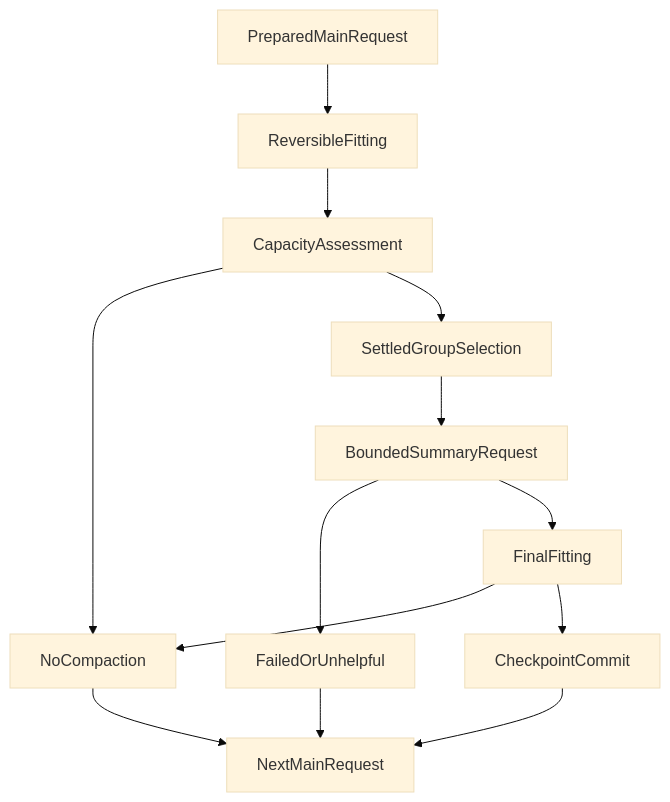
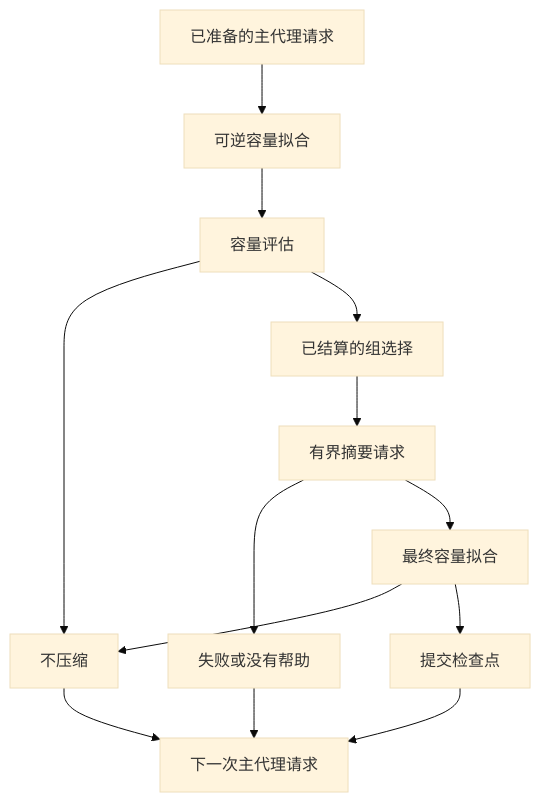
One commit to hpoenixf/eff-agent-article changed the diagram in articles/agent-main-run-context-compaction.md. Above: the diagram before and after it, drawn with Mermaid (base theme). The commit also changed 52 other files, not shown here.

Commit message:
docs: localize diagrams and clarify flagship guides

````diff
--- a/articles/agent-main-run-context-compaction.md
+++ b/articles/agent-main-run-context-compaction.md
@@ -81,15 +81,15 @@
 ```mermaid
 graph TD
-PreparedMainRequest --> ReversibleFitting
-ReversibleFitting --> CapacityAssessment
-CapacityAssessment --> NoCompaction
-CapacityAssessment --> SettledGroupSelection
-SettledGroupSelection --> BoundedSummaryRequest
-BoundedSummaryRequest --> FailedOrUnhelpful
-BoundedSummaryRequest --> FinalFitting
+PreparedMainRequest["已准备的主代理请求"] --> ReversibleFitting["可逆容量拟合"]
+ReversibleFitting --> CapacityAssessment["容量评估"]
+CapacityAssessment --> NoCompaction["不压缩"]
+CapacityAssessment --> SettledGroupSelection["已结算的组选择"]
+SettledGroupSelection --> BoundedSummaryRequest["有界摘要请求"]
+BoundedSummaryRequest --> FailedOrUnhelpful["失败或没有帮助"]
+BoundedSummaryRequest --> FinalFitting["最终容量拟合"]
 FinalFitting --> NoCompaction
-FinalFitting --> CheckpointCommit
-CheckpointCommit --> NextMainRequest
+FinalFitting --> CheckpointCommit["提交检查点"]
+CheckpointCommit --> NextMainRequest["下一次主代理请求"]
 FailedOrUnhelpful --> NextMainRequest
 NoCompaction --> NextMainRequest
 ```
````
